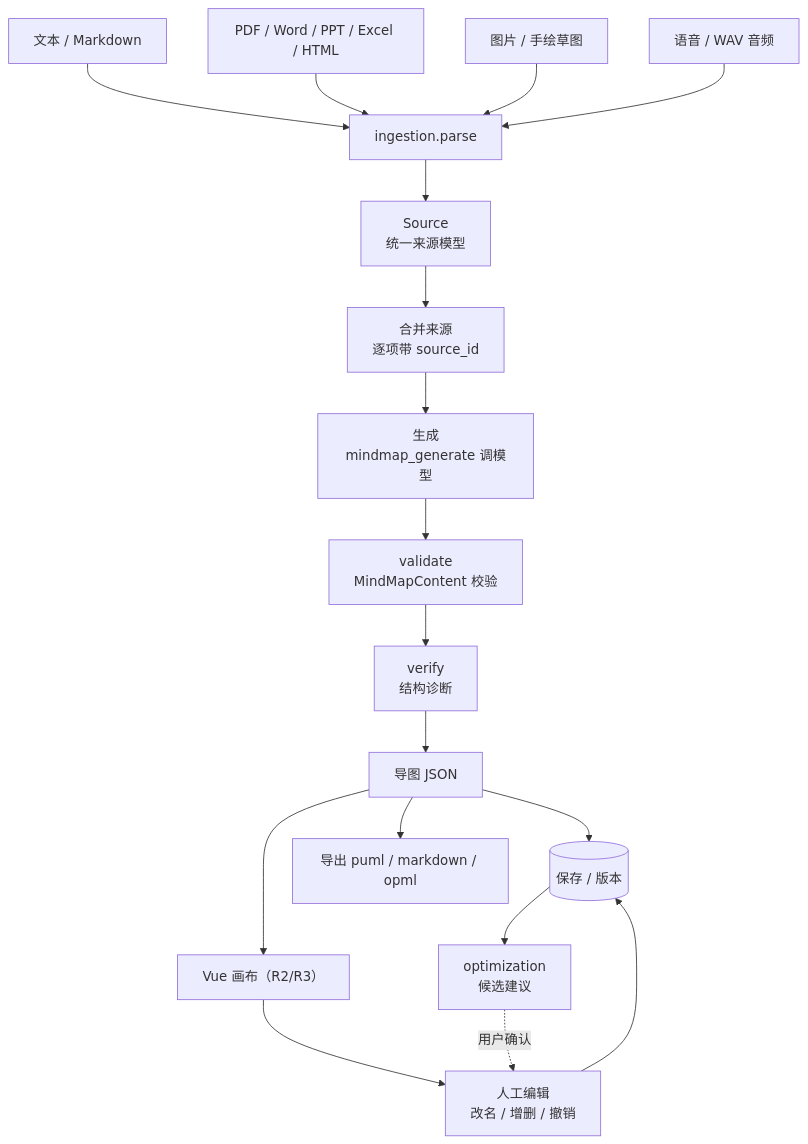
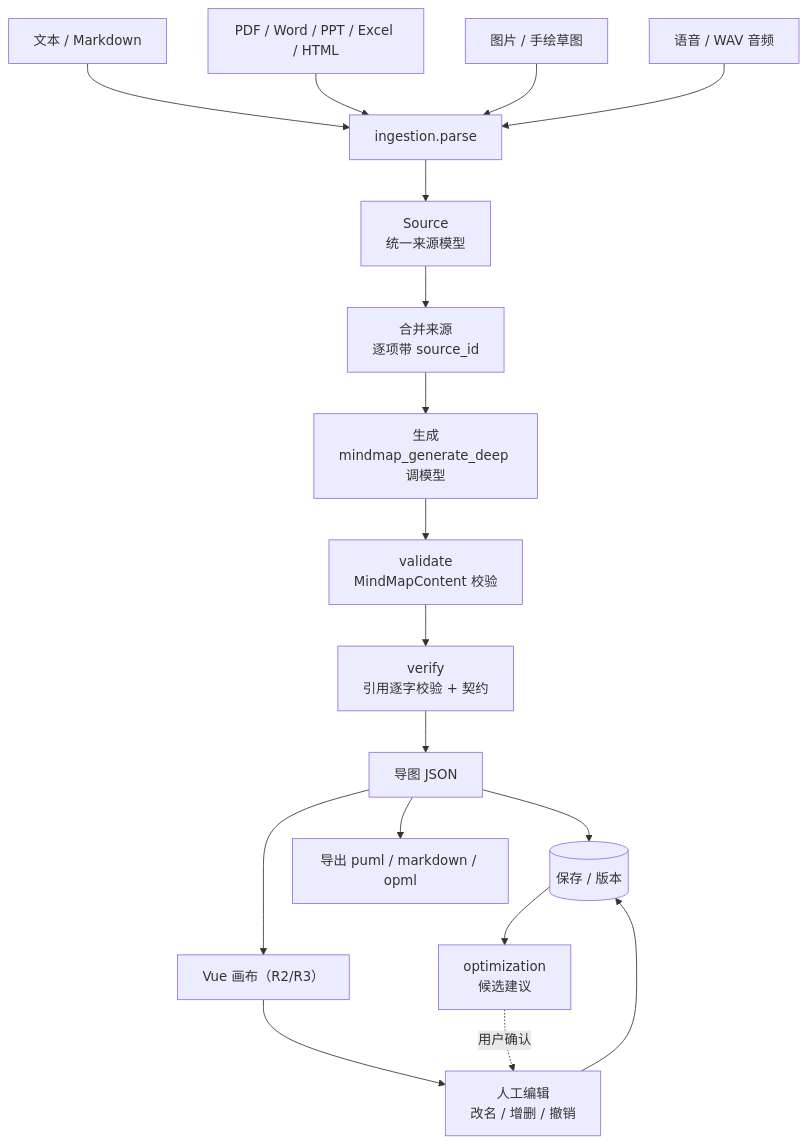
Before and after one commit to RPeGio/genai-mindmap: the diagram in docs/FLOW.md, drawn with Mermaid. The commit also changed other lines of this file and 40 other files, not shown here.

````diff
--- a/docs/FLOW.md
+++ b/docs/FLOW.md
@@ -7,22 +7,22 @@
 ```mermaid
 flowchart TD
   A1[文本 / Markdown] --> S[ingestion.parse]
   A2[PDF / Word / PPT / Excel / HTML] --> S
   A3[图片 / 手绘草图] --> S
   A4[语音 / WAV 音频] --> S
 
   S --> SRC[Source<br/>统一来源模型]
   SRC --> U[合并来源<br/>逐项带 source_id]
-  U --> O[生成<br/>mindmap_generate 调模型]
+  U --> O[生成<br/>mindmap_generate_deep 调模型]
   O --> V[validate<br/>MindMapContent 校验]
-  V --> R[verify<br/>结构诊断]
+  V --> R[verify<br/>引用逐字校验 + 契约]
   R --> MAP[导图 JSON]
 
   MAP --> SAVE[(保存 / 版本)]
   MAP --> CANVAS[Vue 画布（R2/R3）]
   CANVAS --> EDIT[人工编辑<br/>改名 / 增删 / 撤销]
   EDIT --> SAVE
   MAP --> EXP[导出 puml / markdown / opml]
   SAVE --> SUG[optimization<br/>候选建议]
   SUG -.用户确认.-> EDIT
 ```
````
